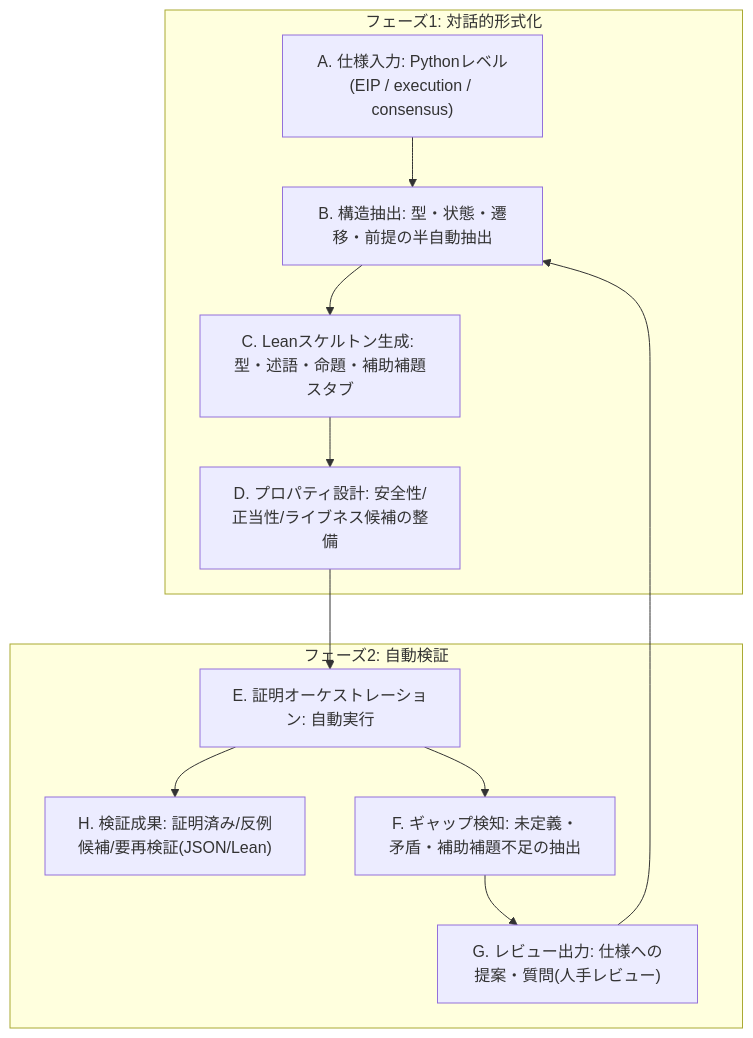
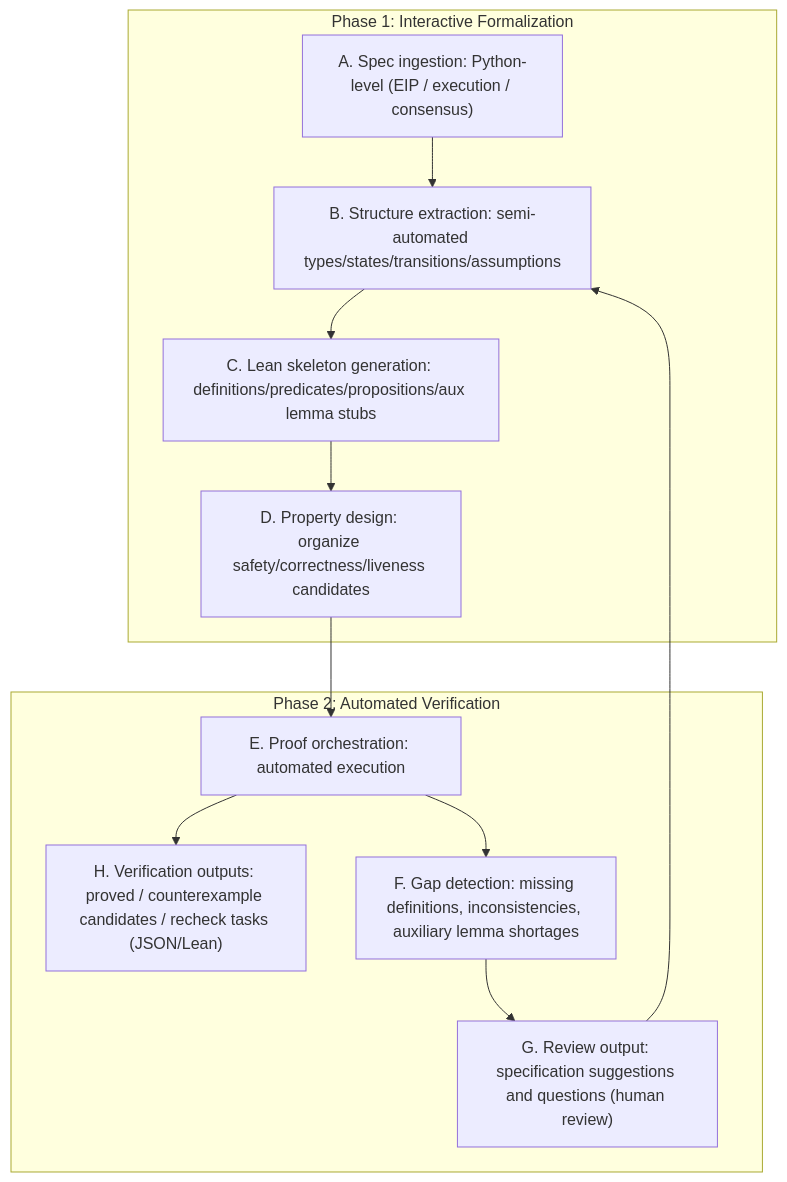
One commit to Meta-Develop/speca_for_codex changed the first of 3 diagrams in proposal.md. Above: the diagram before and after it, drawn with Mermaid. The commit also changed other lines of this file and 1 other file, not shown here.

````diff
--- a/proposal.md
+++ b/proposal.md
@@ -75,15 +74,15 @@
 ```mermaid
 flowchart TD
-  subgraph P1["フェーズ1: 対話的形式化"]
-    A["A. 仕様入力: Pythonレベル(EIP / execution / consensus)"] --> B["B. 構造抽出: 型・状態・遷移・前提の半自動抽出"]
-    B --> C["C. Leanスケルトン生成: 型・述語・命題・補助補題スタブ"]
-    C --> D["D. プロパティ設計: 安全性/正当性/ライブネス候補の整備"]
+  subgraph P1["Phase 1: Interactive Formalization"]
+    A["A. Spec ingestion: Python-level (EIP / execution / consensus)"] --> B["B. Structure extraction: semi-automated types/states/transitions/assumptions"]
+    B --> C["C. Lean skeleton generation: definitions/predicates/propositions/aux lemma stubs"]
+    C --> D["D. Property design: organize safety/correctness/liveness candidates"]
   end
-  subgraph P2["フェーズ2: 自動検証"]
-    D --> E["E. 証明オーケストレーション: 自動実行"]
-    E --> H["H. 検証成果: 証明済み/反例候補/要再検証(JSON/Lean)"]
-    E --> F["F. ギャップ検知: 未定義・矛盾・補助補題不足の抽出"]
-    F --> G["G. レビュー出力: 仕様への提案・質問(人手レビュー)"]
+  subgraph P2["Phase 2: Automated Verification"]
+    D --> E["E. Proof orchestration: automated execution"]
+    E --> H["H. Verification outputs: proved / counterexample candidates / recheck tasks (JSON/Lean)"]
+    E --> F["F. Gap detection: missing definitions, inconsistencies, auxiliary lemma shortages"]
+    F --> G["G. Review output: specification suggestions and questions (human review)"]
     G --> B
   end
 ```
````
